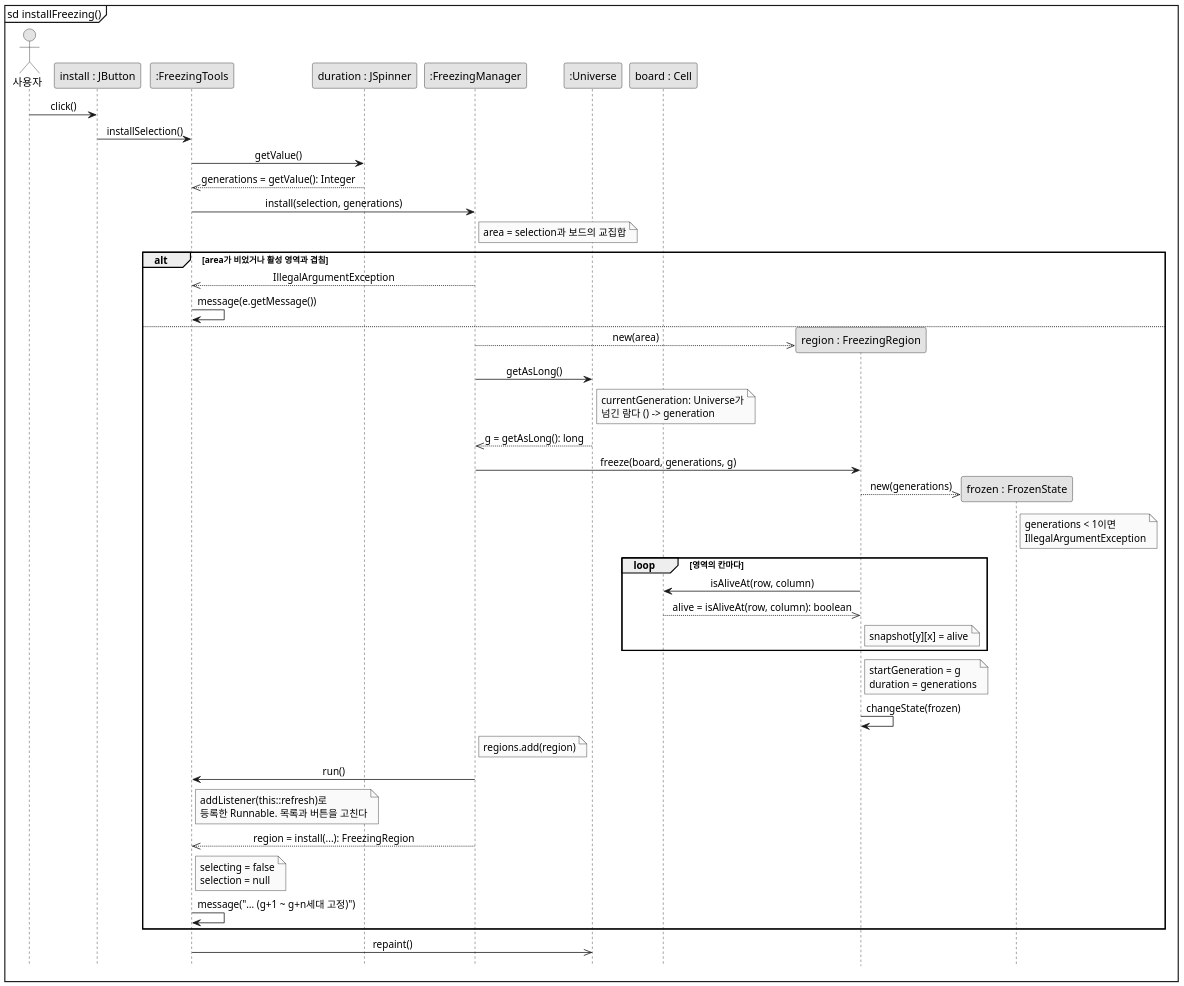
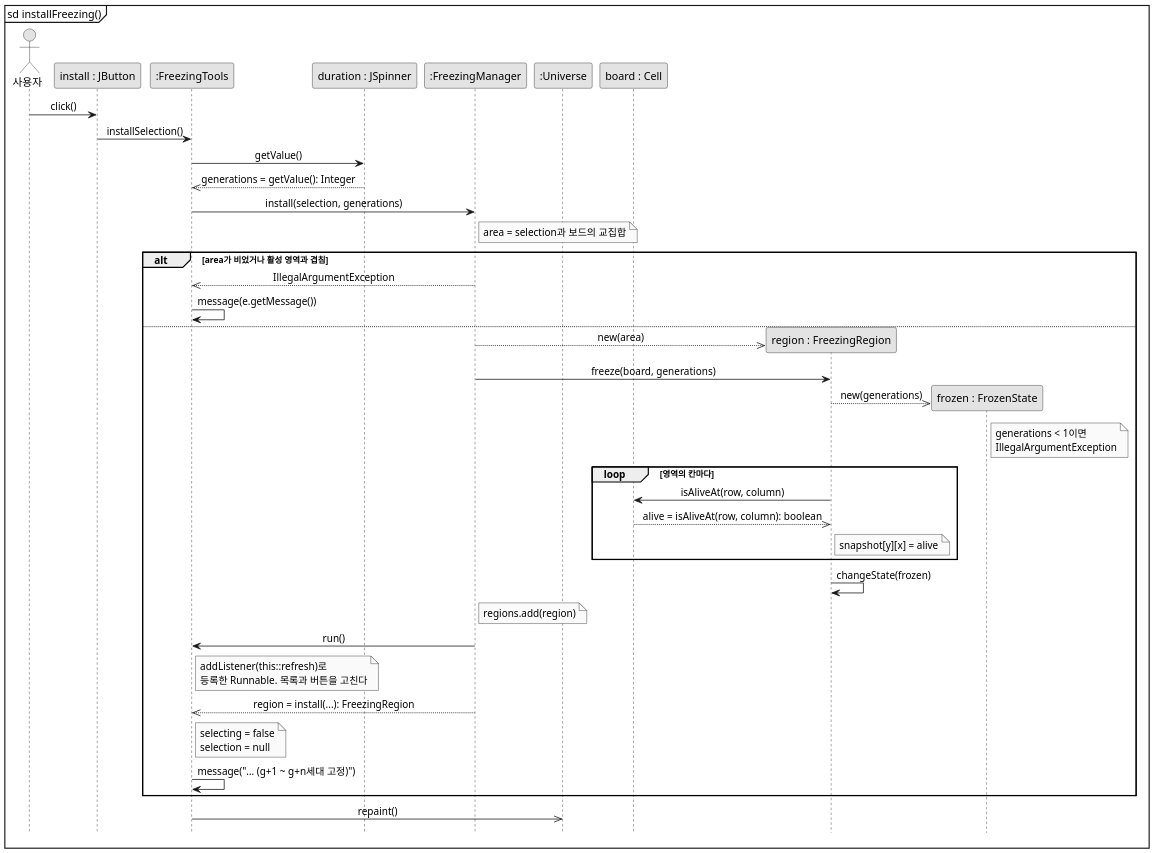
Before and after one commit to mckimR1972/DP_team_project: the diagram in docs/freezing/diagram/sd-install.puml, drawn with PlantUML. The commit also changed 7 other files, not shown here.

```diff
--- a/docs/freezing/diagram/sd-install.puml
+++ b/docs/freezing/diagram/sd-install.puml
@@ -1,53 +1,49 @@
 @startuml sd-install
 skinparam monochrome true
 skinparam dpi 150
 skinparam shadowing false
 skinparam defaultFontName "Malgun Gothic"
 skinparam sequenceMessageAlign center
 hide footbox
 mainframe sd installFreezing()
 
 actor "사용자" as User
 participant "install : JButton" as B
 participant ":FreezingTools" as T
 participant "duration : JSpinner" as S
 participant ":FreezingManager" as M
 participant ":Universe" as U
 participant "board : Cell" as Board
 
 User -> B : click()
 B -> T : installSelection()
 T -> S : getValue()
 S -->> T : generations = getValue(): Integer
 T -> M : install(selection, generations)
 note right of M : area = selection과 보드의 교집합
 
 alt area가 비었거나 활성 영역과 겹침
   M -->> T : IllegalArgumentException
   T -> T : message(e.getMessage())
 else
   create participant "region : FreezingRegion" as R
   M -->> R : new(area)
-  M -> U : getAsLong()
-  note right of U : currentGeneration: Universe가\n넘긴 람다 () -> generation
-  U -->> M : g = getAsLong(): long
-  M -> R : freeze(board, generations, g)
+  M -> R : freeze(board, generations)
   create participant "frozen : FrozenState" as F
   R -->> F : new(generations)
   note right of F : generations < 1이면\nIllegalArgumentException
   loop 영역의 칸마다
     R -> Board : isAliveAt(row, column)
     Board -->> R : alive = isAliveAt(row, column): boolean
     note right of R : snapshot[y][x] = alive
   end
-  note right of R : startGeneration = g\nduration = generations
   R -> R : changeState(frozen)
   note right of M : regions.add(region)
   M -> T : run()
   note right of T : addListener(this::refresh)로\n등록한 Runnable. 목록과 버튼을 고친다
   M -->> T : region = install(...): FreezingRegion
   note right of T : selecting = false\nselection = null
   T -> T : message("… (g+1 ~ g+n세대 고정)")
 end
 T ->> U : repaint()
 @enduml
```
